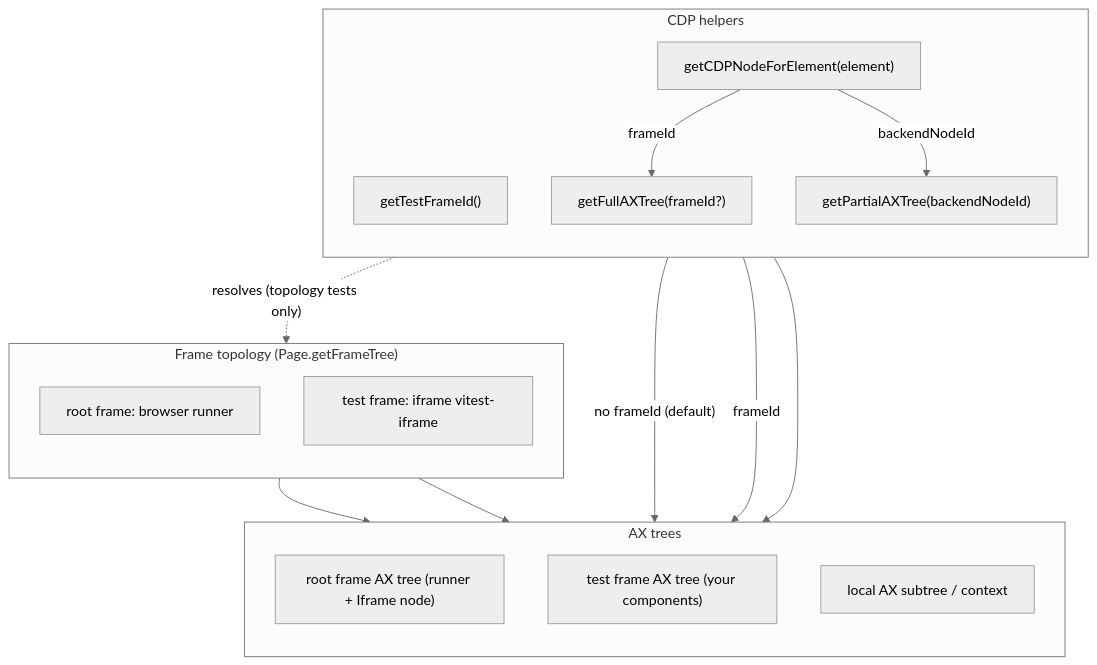
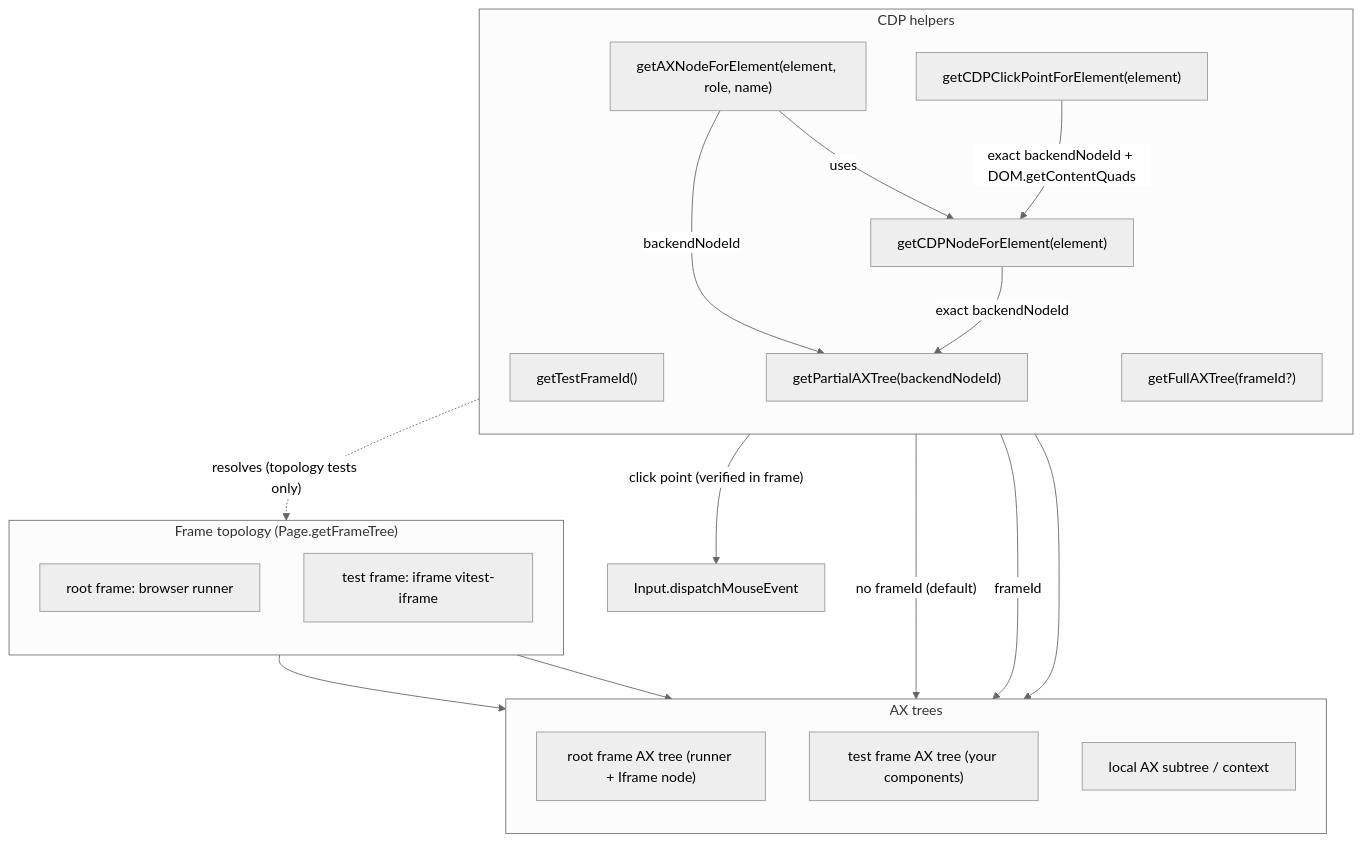
Before and after one commit to oscarmarina/lit-vitest-testing-comparison: the diagram in test/counter-element-aria-cdp.README.en.md, drawn with Mermaid (neutral theme). The commit also changed other lines of this file and 4 other files, not shown here.

````diff
--- a/test/counter-element-aria-cdp.README.en.md
+++ b/test/counter-element-aria-cdp.README.en.md
@@ -324,34 +333,40 @@
 ```mermaid
 flowchart TB
     subgraph helpers["CDP helpers"]
         direction TB
         C1["getTestFrameId()"]
         C2["getCDPNodeForElement(element)"]
         C3["getFullAXTree(frameId?)"]
         C4["getPartialAXTree(backendNodeId)"]
+        C5["getAXNodeForElement(element, role, name)"]
+        C6["getCDPClickPointForElement(element)"]
     end
 
     subgraph frames["Frame topology (Page.getFrameTree)"]
         direction TB
         F1["root frame: browser runner"]
         F2["test frame: iframe vitest-iframe"]
     end
 
     subgraph trees["AX trees"]
         direction TB
         T1["root frame AX tree (runner + Iframe node)"]
         T2["test frame AX tree (your components)"]
         T3["local AX subtree / context"]
     end
 
     C1 -. "resolves (topology tests only)" .-> F2
     F1 --> T1
     F2 --> T2
 
     C3 -- "no frameId (default)" --> T1
     C3 -- "frameId" --> T2
 
-    C2 -- "frameId" --> C3
-    C2 -- "backendNodeId" --> C4
+    C2 -- "exact backendNodeId" --> C4
+    C5 -- "uses" --> C2
+    C5 -- "backendNodeId" --> C4
     C4 --> T3
+
+    C6 -- "exact backendNodeId + DOM.getContentQuads" --> C2
+    C6 -- "click point (verified in frame)" --> I1["Input.dispatchMouseEvent"]
 ```
````
